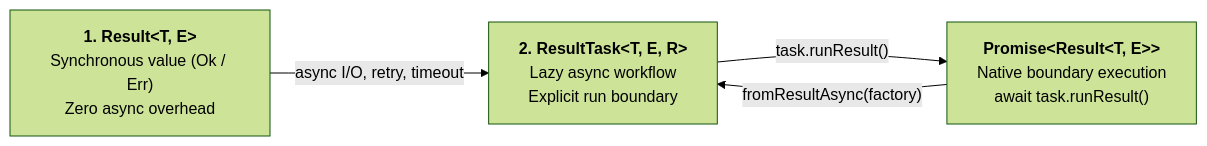
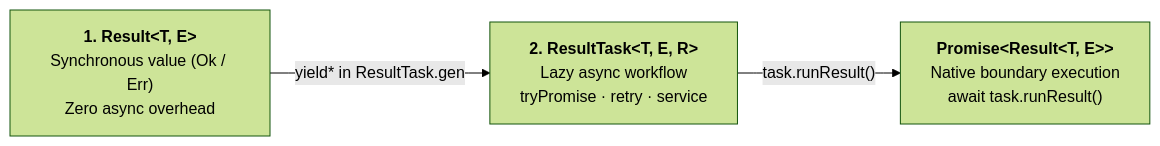
Before and after one commit to inaiat/resultar: the diagram in packages/resultar/README.md, drawn with Mermaid (forest theme). The commit also changed other lines of this file and 121 other files, not shown here.

````diff
--- a/packages/resultar/README.md
+++ b/packages/resultar/README.md
@@ -164,10 +164,9 @@
 ```mermaid
 flowchart LR
   R["<b>1. Result&lt;T, E&gt;</b><br/>Synchronous value (Ok / Err)<br/>Zero async overhead"]
-  RT["<b>2. ResultTask&lt;T, E, R&gt;</b><br/>Lazy async workflow<br/>Explicit run boundary"]
+  RT["<b>2. ResultTask&lt;T, E, R&gt;</b><br/>Lazy async workflow<br/>tryPromise · retry · service"]
   PR["<b>Promise&lt;Result&lt;T, E&gt;&gt;</b><br/>Native boundary execution<br/>await task.runResult()"]
 
-  R -->|"async I/O, retry, timeout"| RT
+  R -->|"yield* in ResultTask.gen"| RT
   RT -->|"task.runResult()"| PR
-  PR -->|"fromResultAsync(factory)"| RT
 ```
````
